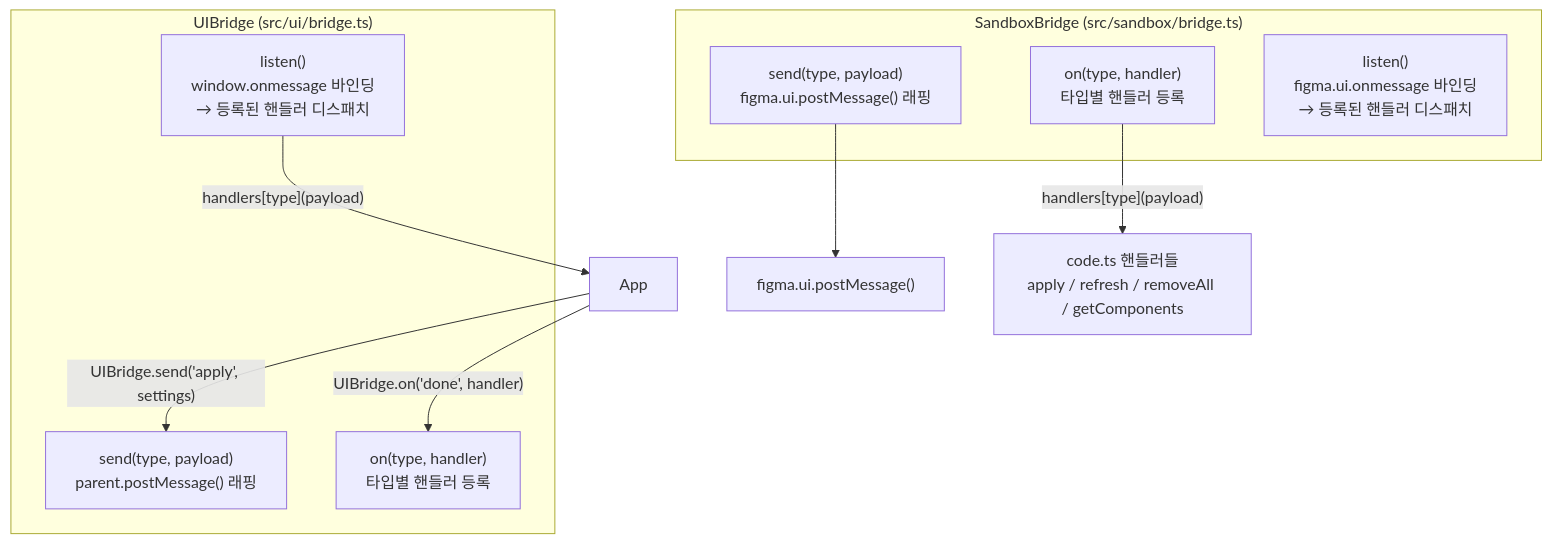
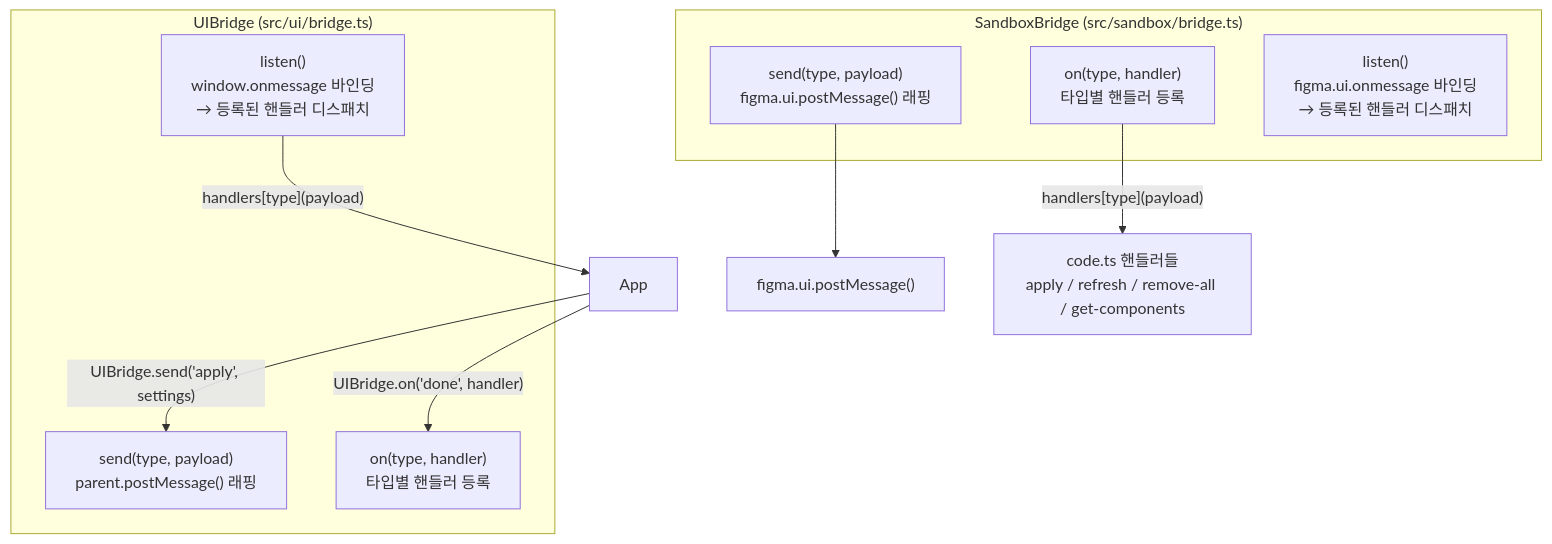
One commit to c-jeongyyun/page-stamp changed the third of 5 diagrams in docs/architecture.md. Above: the diagram before and after it, drawn with Mermaid. The commit also changed other lines of this file and 12 other files, not shown here.

````diff
--- a/docs/architecture.md
+++ b/docs/architecture.md
@@ -114,21 +127,21 @@
 ```mermaid
 graph TD
     subgraph UIBridge["UIBridge (src/ui/bridge.ts)"]
         UISend["send(type, payload)\nparent.postMessage() 래핑"]
         UIOn["on(type, handler)\n타입별 핸들러 등록"]
         UIListen["listen()\nwindow.onmessage 바인딩\n→ 등록된 핸들러 디스패치"]
     end
 
     subgraph SandboxBridge["SandboxBridge (src/sandbox/bridge.ts)"]
         SBSend["send(type, payload)\nfigma.ui.postMessage() 래핑"]
         SBOn["on(type, handler)\n타입별 핸들러 등록"]
         SBListen["listen()\nfigma.ui.onmessage 바인딩\n→ 등록된 핸들러 디스패치"]
     end
 
     App -- "UIBridge.send('apply', settings)" --> UISend
     App -- "UIBridge.on('done', handler)" --> UIOn
     UIListen -- "handlers[type](payload)" --> App
 
-    SBOn -- "handlers[type](payload)" --> Handlers["code.ts 핸들러들\napply / refresh / removeAll / getComponents"]
+    SBOn -- "handlers[type](payload)" --> Handlers["code.ts 핸들러들\napply / refresh / remove-all / get-components"]
     SBSend --> FigmaUIPostMessage["figma.ui.postMessage()"]
 ```
````
